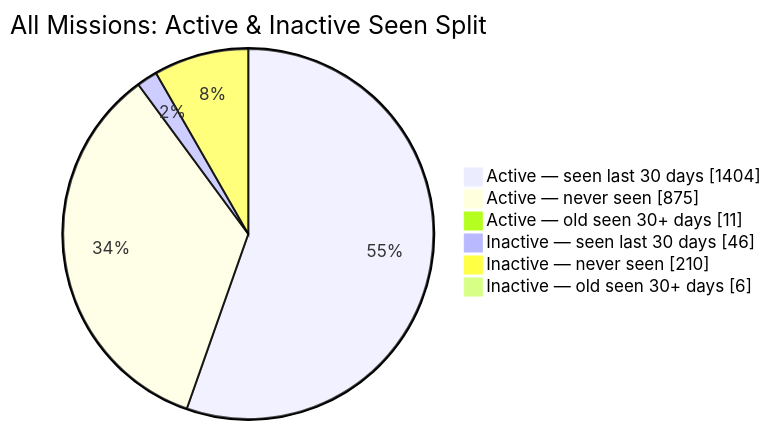
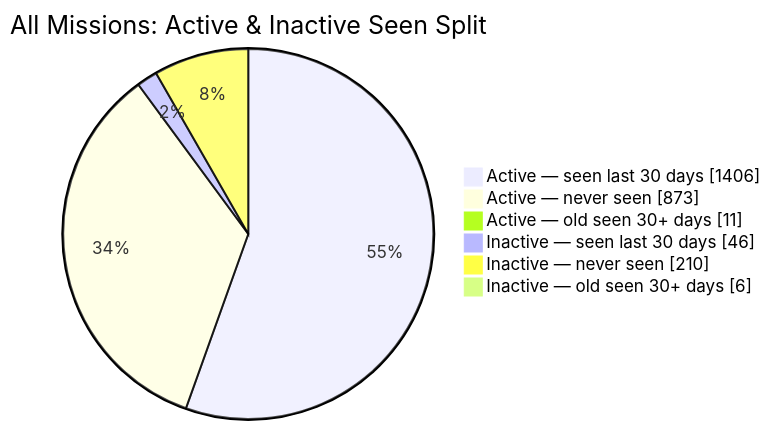
The second of 2 diagrams in README.md (MeldkamerspelGameTeam/active-missions), drawn with Mermaid before and after one commit. The commit also changed other lines of this file and 2 other files, not shown here.

````diff
--- a/README.md
+++ b/README.md
@@ -44,10 +44,10 @@
 ```mermaid
 pie showData
     title All Missions: Active & Inactive Seen Split
-    "Active — seen last 30 days" : 1404
-    "Active — never seen" : 875
+    "Active — seen last 30 days" : 1406
+    "Active — never seen" : 873
     "Active — old seen 30+ days" : 11
     "Inactive — seen last 30 days" : 46
     "Inactive — never seen" : 210
     "Inactive — old seen 30+ days" : 6
 ```
````
